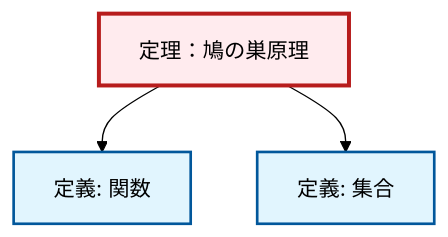
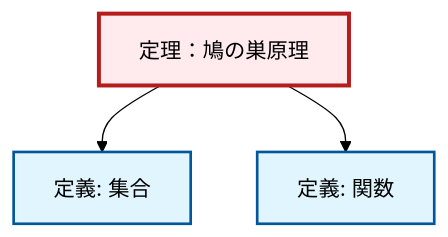
Before and after one commit to RK0429/ModernMath: the diagram in content/ja/combinatorics/thm-pigeonhole-principle.qmd, drawn with Mermaid (forest theme). The commit also changed 672 other files, not shown here.

````diff
--- a/content/ja/combinatorics/thm-pigeonhole-principle.qmd
+++ b/content/ja/combinatorics/thm-pigeonhole-principle.qmd
@@ -65,17 +65,17 @@
 ```{mermaid}
-%%| fig-cap: "Local dependency graph"
+%%| fig-cap: "ローカル依存関係グラフ"
 graph TD
     classDef definition fill:#e1f5fe,stroke:#01579b,stroke-width:2px
     classDef theorem fill:#f3e5f5,stroke:#4a148c,stroke-width:2px
     classDef axiom fill:#fff3e0,stroke:#e65100,stroke-width:2px
     classDef example fill:#e8f5e9,stroke:#1b5e20,stroke-width:2px
     classDef current fill:#ffebee,stroke:#b71c1c,stroke-width:3px
+    def-set["定義: 集合"]:::definition
+    def-function["定義: 関数"]:::definition
     thm-pigeonhole-principle["定理：鳩の巣原理"]:::theorem
-    def-function["定義: 関数"]:::definition
-    def-set["定義: 集合"]:::definition
+    thm-pigeonhole-principle --> def-set
     thm-pigeonhole-principle --> def-function
-    thm-pigeonhole-principle --> def-set
     class thm-pigeonhole-principle current
+    click def-set "def-set.html" "集合の定義へ"
     click def-function "def-function.html" "関数の定義へ"
-    click def-set "def-set.html" "集合の定義へ"
 ```
````
